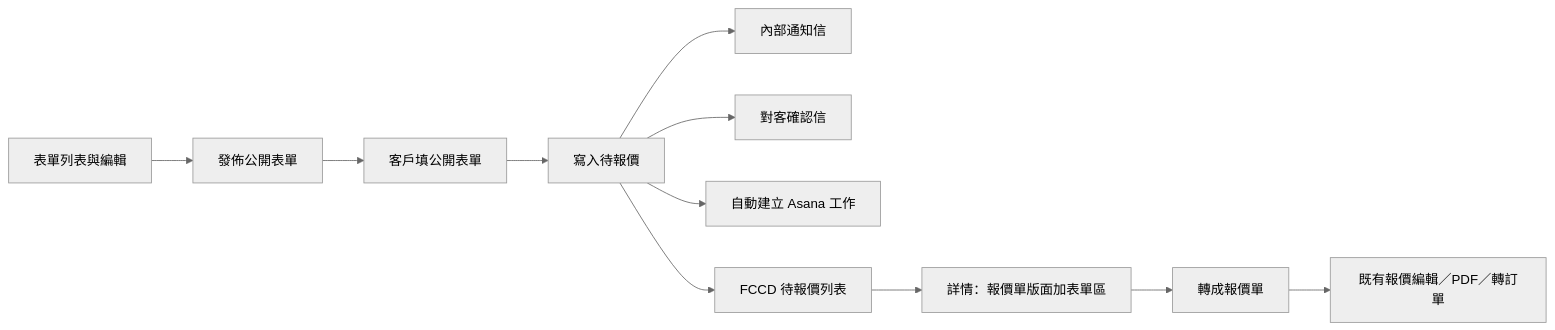
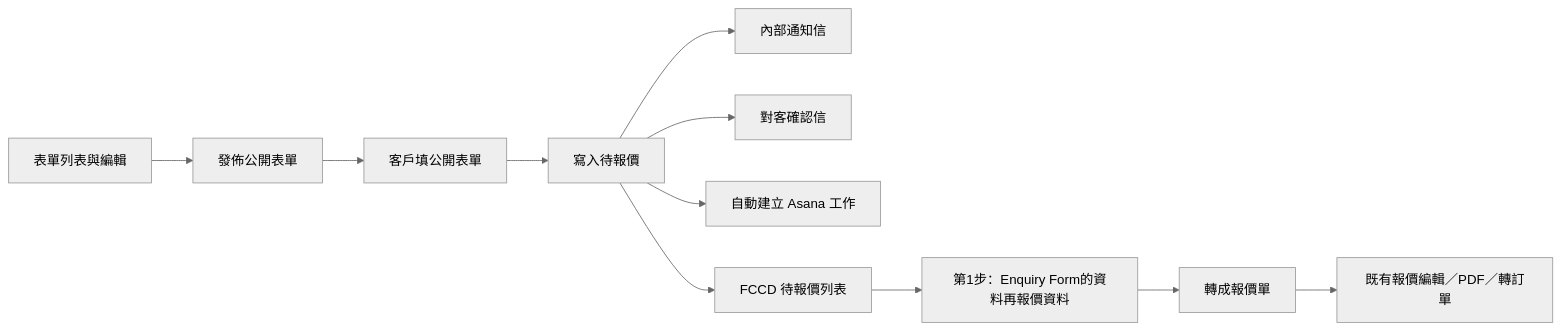
The diagram in docs/EMAIL_FORM_INQUIRY_PRD.md (benjaken/fccd), drawn with Mermaid (neutral theme) before and after one commit. The commit also changed other lines of this file, not shown here.

First line of the commit message:
docs: put Enquiry Form data first on quote step 1

````diff
--- a/docs/EMAIL_FORM_INQUIRY_PRD.md
+++ b/docs/EMAIL_FORM_INQUIRY_PRD.md
@@ -17,13 +17,13 @@
 ```mermaid
 flowchart LR
   builder[表單列表與編輯] --> publish[發佈公開表單]
   publish --> customer[客戶填公開表單]
   customer --> save[寫入待報價]
   save --> mail[內部通知信]
   save --> ack[對客確認信]
   save --> asana[自動建立 Asana 工作]
   save --> list[FCCD 待報價列表]
-  list --> detail[詳情：報價單版面加表單區]
+  list --> detail["第1步：Enquiry Form的資料再報價資料"]
   detail --> convert[轉成報價單]
   convert --> quote[既有報價編輯／PDF／轉訂單]
 ```
````
